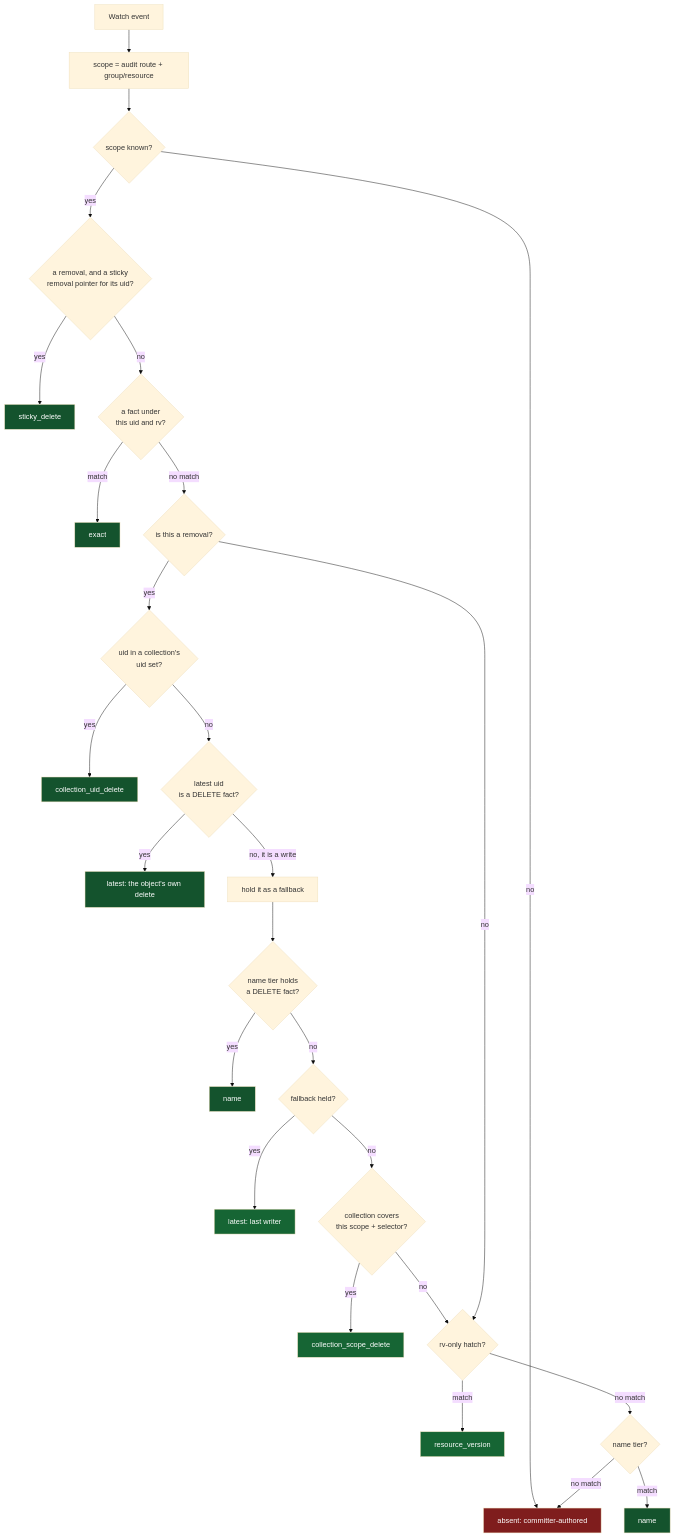
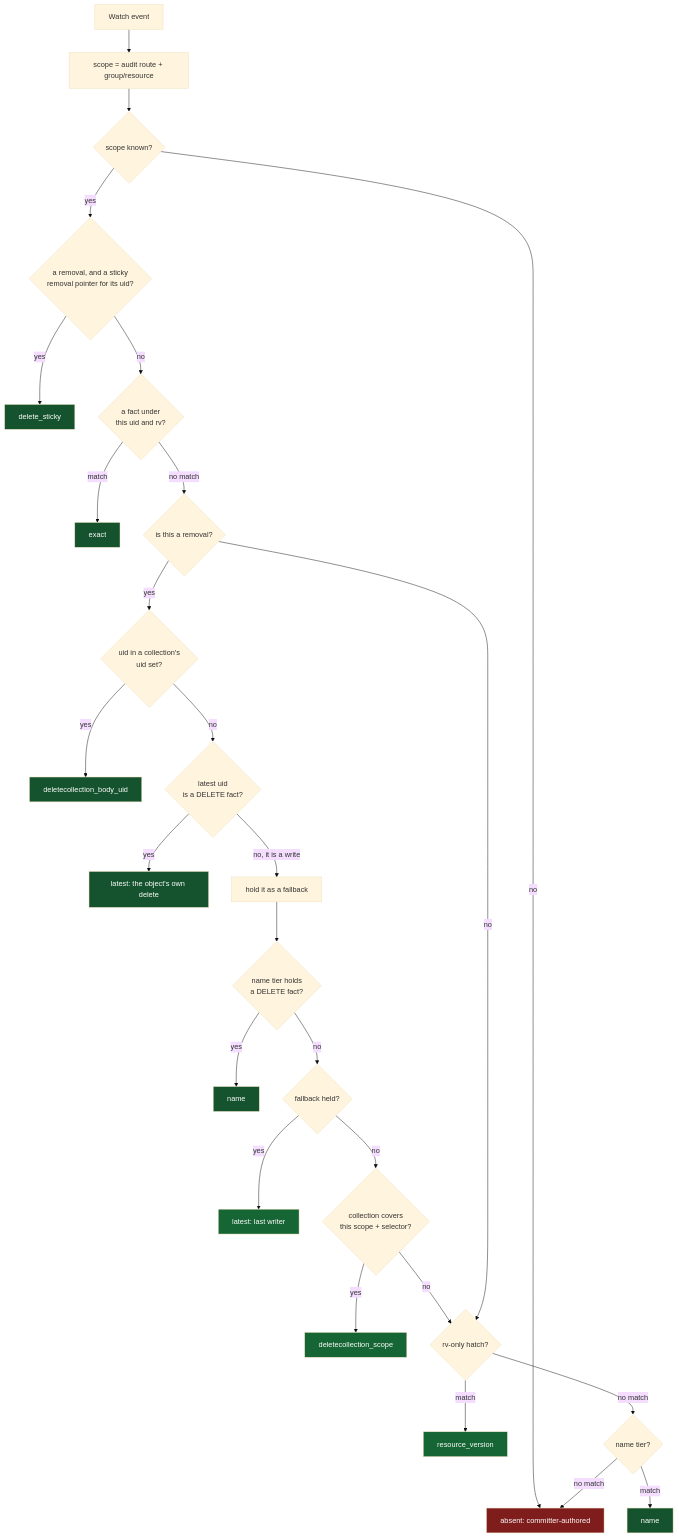
The second of 3 diagrams in docs/design/attribution-publish-and-join.md (ConfigButler/gitops-reverser), drawn with Mermaid (base theme) before and after one commit. The commit also changed other lines of this file and 17 other files, not shown here.

````diff
--- a/docs/design/attribution-publish-and-join.md
+++ b/docs/design/attribution-publish-and-join.md
@@ -88,42 +88,42 @@
 ```mermaid
 flowchart TD
     A[Watch event] --> B[scope = audit route + group/resource]
     B --> C{scope known?}
     C -->|no| Z[absent: committer-authored]
     C -->|yes| AA{a removal, and a sticky<br/>removal pointer for its uid?}
-    AA -->|yes| AB[sticky_delete]
+    AA -->|yes| AB[delete_sticky]
     AA -->|no| D{a fact under<br/>this uid and rv?}
 
     D -->|match| E[exact]
     D -->|no match| F{is this a removal?}
 
     F -->|yes| G{uid in a collection's<br/>uid set?}
-    G -->|yes| H[collection_uid_delete]
+    G -->|yes| H[deletecollection_body_uid]
     G -->|no| I{latest uid<br/>is a DELETE fact?}
     I -->|yes| J[latest: the object's own delete]
     I -->|no, it is a write| K[hold it as a fallback]
     K --> L{name tier holds<br/>a DELETE fact?}
     L -->|yes| M[name]
     L -->|no| N{fallback held?}
     N -->|yes| O[latest: last writer]
     N -->|no| P{collection covers<br/>this scope + selector?}
-    P -->|yes| Q[collection_scope_delete]
+    P -->|yes| Q[deletecollection_scope]
     P -->|no| R
 
     F -->|no| R{rv-only hatch?}
     R -->|match| S[resource_version]
     R -->|no match| T{name tier?}
     T -->|match| U[name]
     T -->|no match| Z
 
     style Z fill:#7f1d1d,color:#fff
     style AB fill:#14532d,color:#fff
     style E fill:#14532d,color:#fff
     style H fill:#14532d,color:#fff
     style J fill:#14532d,color:#fff
     style M fill:#14532d,color:#fff
     style O fill:#166534,color:#fff
     style Q fill:#166534,color:#fff
     style S fill:#166534,color:#fff
     style U fill:#14532d,color:#fff
 ```
````
